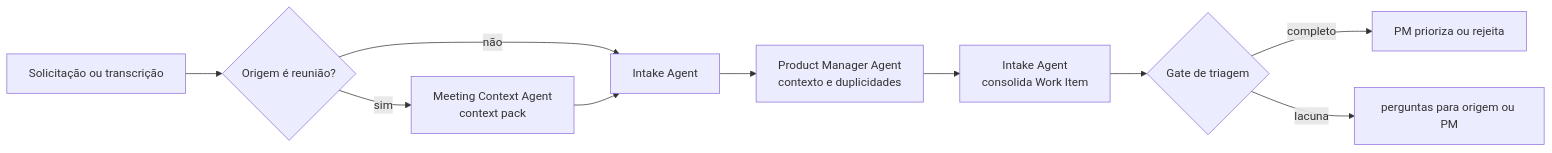
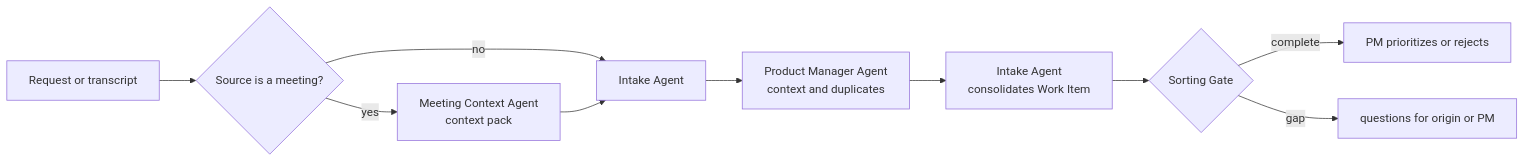
The diagram in docs/loops/00-intake-and-triage.md (diododias/ai-manifest), drawn with Mermaid before and after one commit. The commit also changed other lines of this file and 294 other files, not shown here.

````diff
--- a/docs/loops/00-intake-and-triage.md
+++ b/docs/loops/00-intake-and-triage.md
@@ -22,12 +22,12 @@
 ```mermaid
 flowchart LR
-    A[Solicitação ou transcrição] --> B{Origem é reunião?}
-    B -- sim --> C[Meeting Context Agent\ncontext pack]
-    B -- não --> D[Intake Agent]
+    A[Request or transcript] --> B{Source is a meeting?}
+    B -- yes --> C[Meeting Context Agent\ncontext pack]
+    B -- no --> D[Intake Agent]
     C --> D
-    D --> E[Product Manager Agent\ncontexto e duplicidades]
-    E --> F[Intake Agent\nconsolida Work Item]
-    F --> G{Gate de triagem}
-    G -- completo --> H[PM prioriza ou rejeita]
-    G -- lacuna --> I[perguntas para origem ou PM]
+    D --> E[Product Manager Agent\ncontext and duplicates]
+    E --> F[Intake Agent\nconsolidates Work Item]
+    F --> G{Sorting Gate}
+    G -- complete --> H[PM prioritizes or rejects]
+    G -- gap --> I[questions for origin or PM]
 ```
````
